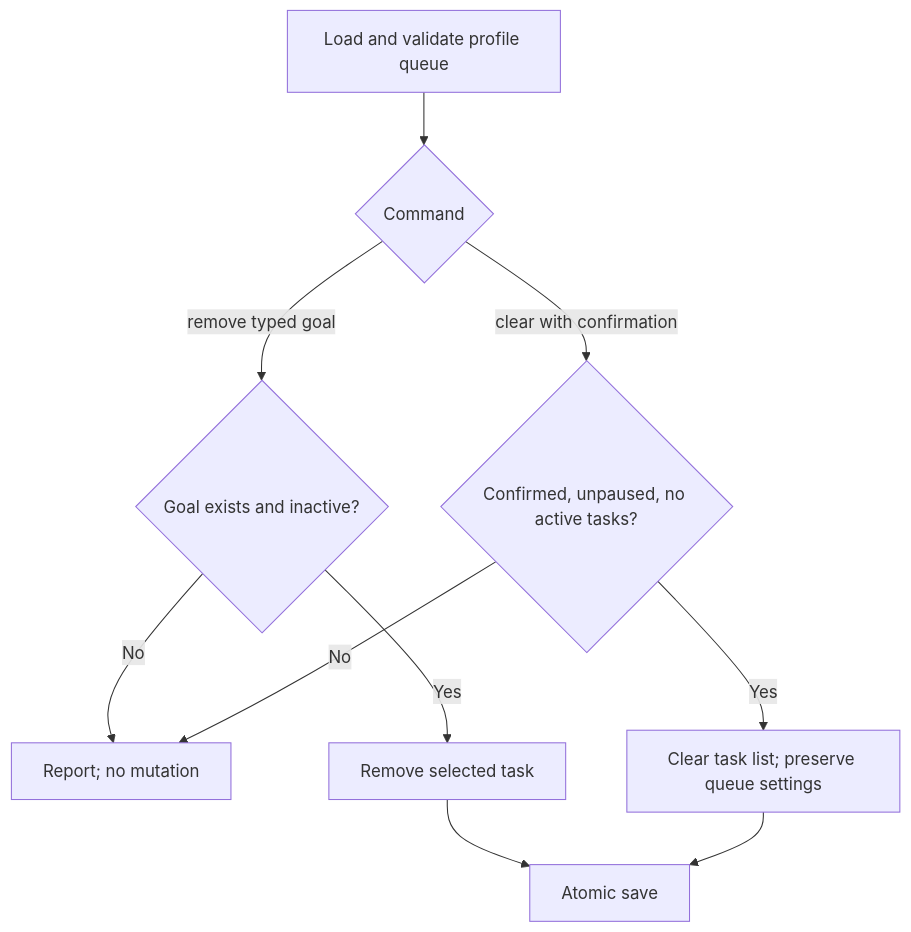
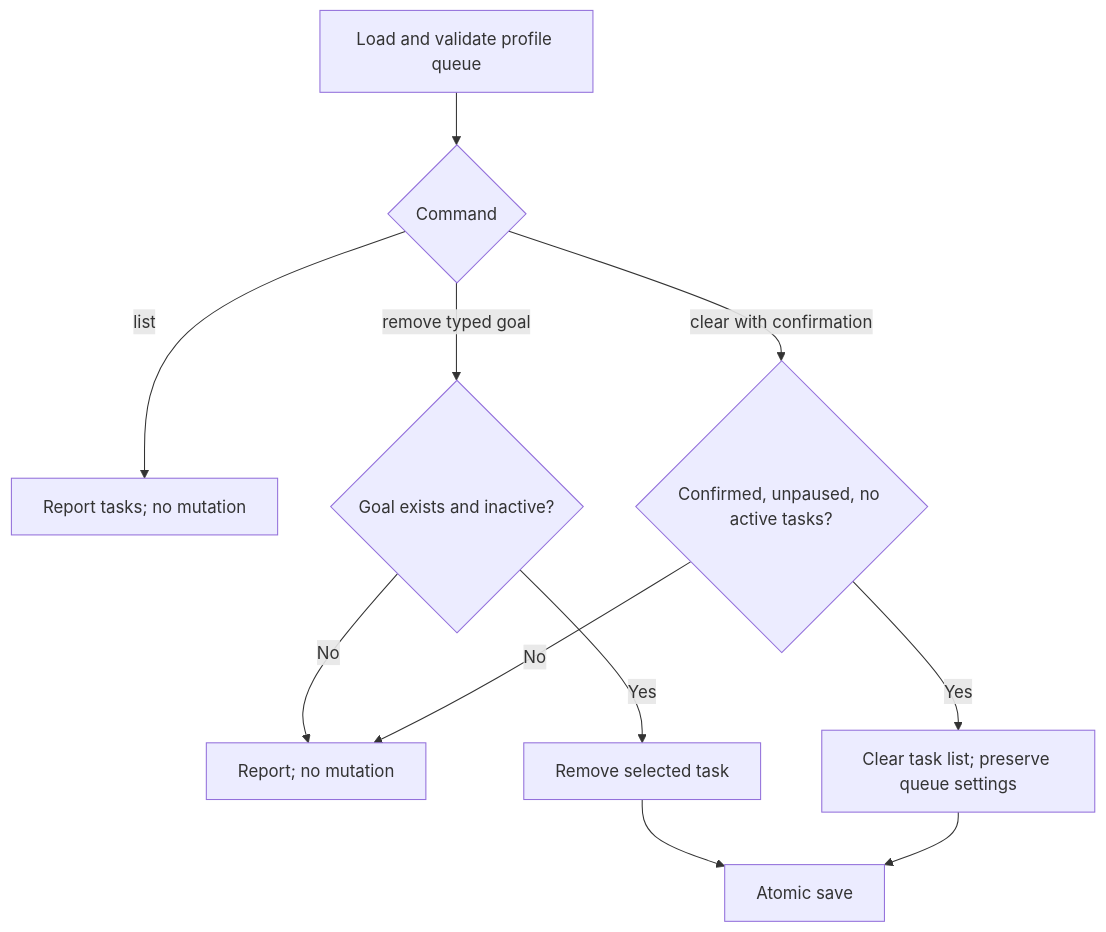
Before and after one commit to zaratedaniela692-rgb/tba_km: the first of 4 diagrams in docs/game/army_training_slot_workflow.md, drawn with Mermaid. The commit also changed other lines of this file and 47 other files, not shown here.

````diff
--- a/docs/game/army_training_slot_workflow.md
+++ b/docs/game/army_training_slot_workflow.md
@@ -103,12 +104,13 @@
 ```mermaid
 flowchart TD
     A[Load and validate profile queue] --> B{Command}
+    B -->|list| L[Report tasks; no mutation]
     B -->|remove typed goal| C{Goal exists and inactive?}
     C -->|No| X[Report; no mutation]
     C -->|Yes| E[Remove selected task]
     B -->|clear with confirmation| D{Confirmed, unpaused, no active tasks?}
     D -->|No| X
     D -->|Yes| F[Clear task list; preserve queue settings]
     E --> G[Atomic save]
     F --> G
 ```
````
